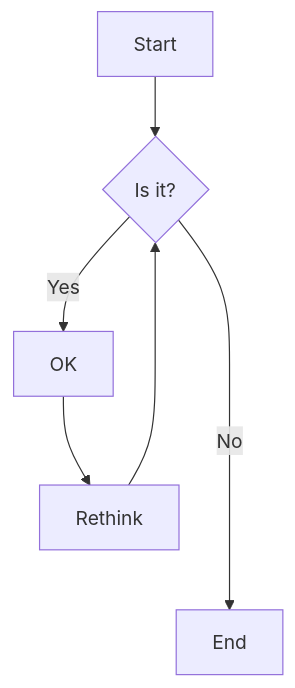
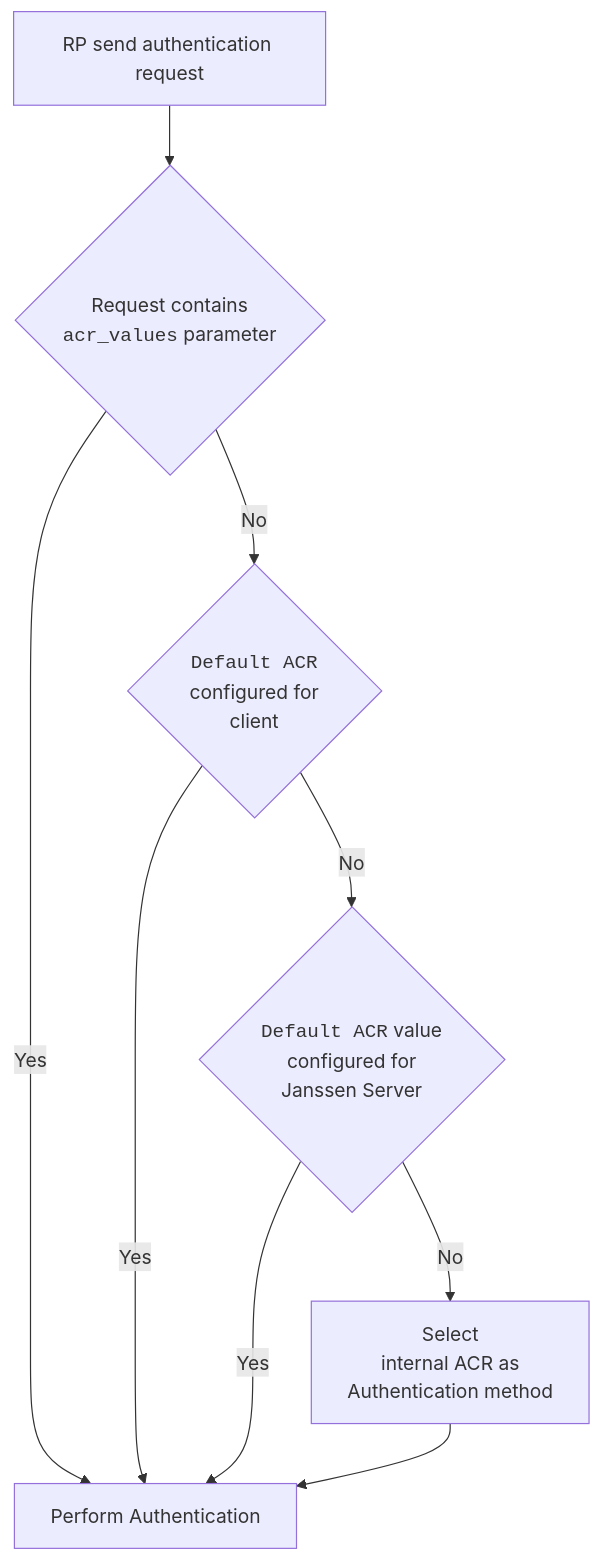
Before and after one commit to JanssenProject/jans: the diagram in docs/admin/developer/scripts/person-authentication.md, drawn with Mermaid. The commit also changed other lines of this file, not shown here.

Commit message:
docs: add diagram

````diff
--- a/docs/admin/developer/scripts/person-authentication.md
+++ b/docs/admin/developer/scripts/person-authentication.md
@@ -79,9 +79,10 @@
 ```mermaid
 flowchart TD
-    A[Start] --> B{Is it?}
-    B -->|Yes| C[OK]
-    C --> D[Rethink]
-    D --> B
-    B ---->|No| E[End]
-
+    A[RP send authentication request] --> B{Request contains <br /><code>acr_values</code> parameter}
+    B -->|Yes| C[Perform Authentication]
+    B -->|No| D{<code>Default ACR</code> <br />configured for <br />client}
+    D -->|Yes| C
+    D -->|No| E{<code>Default ACR</code> value <br />configured for <br />Janssen Server}
+    E --> |Yes| C
+    E --> |No| F[Select <br />internal ACR as<br /> Authentication method] --> C
 ```
````
